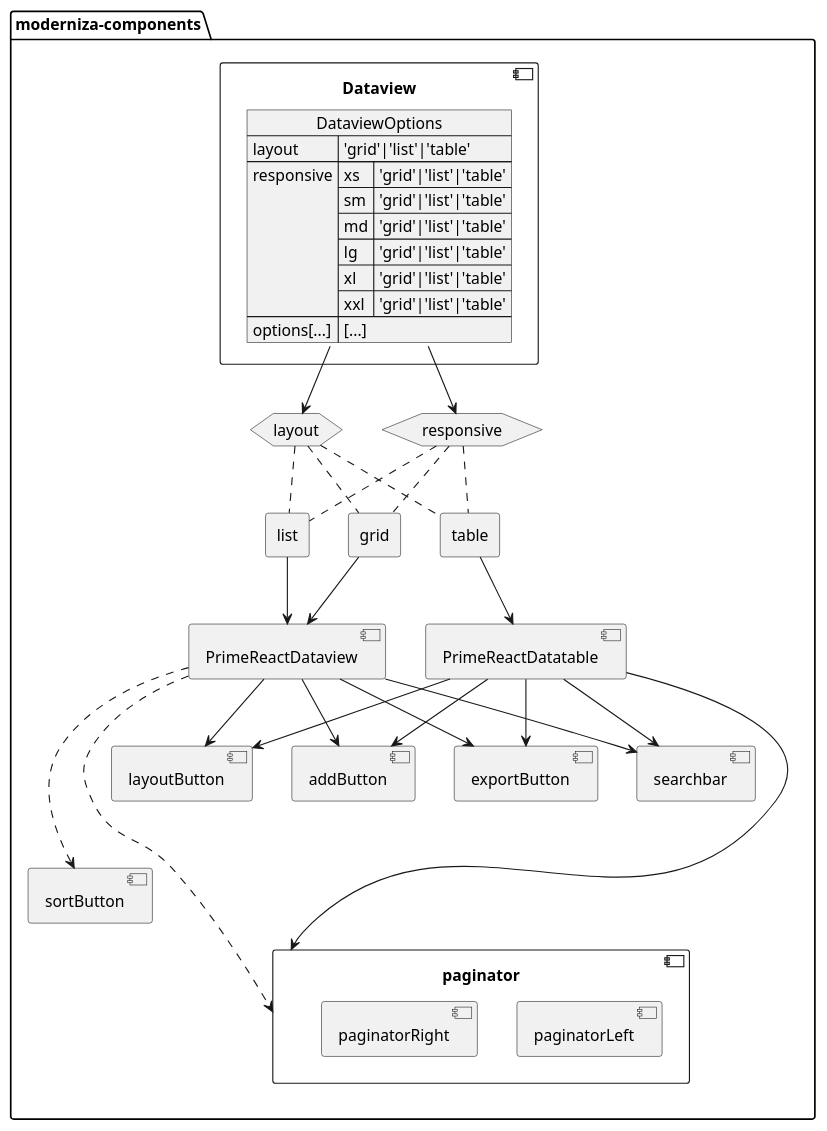
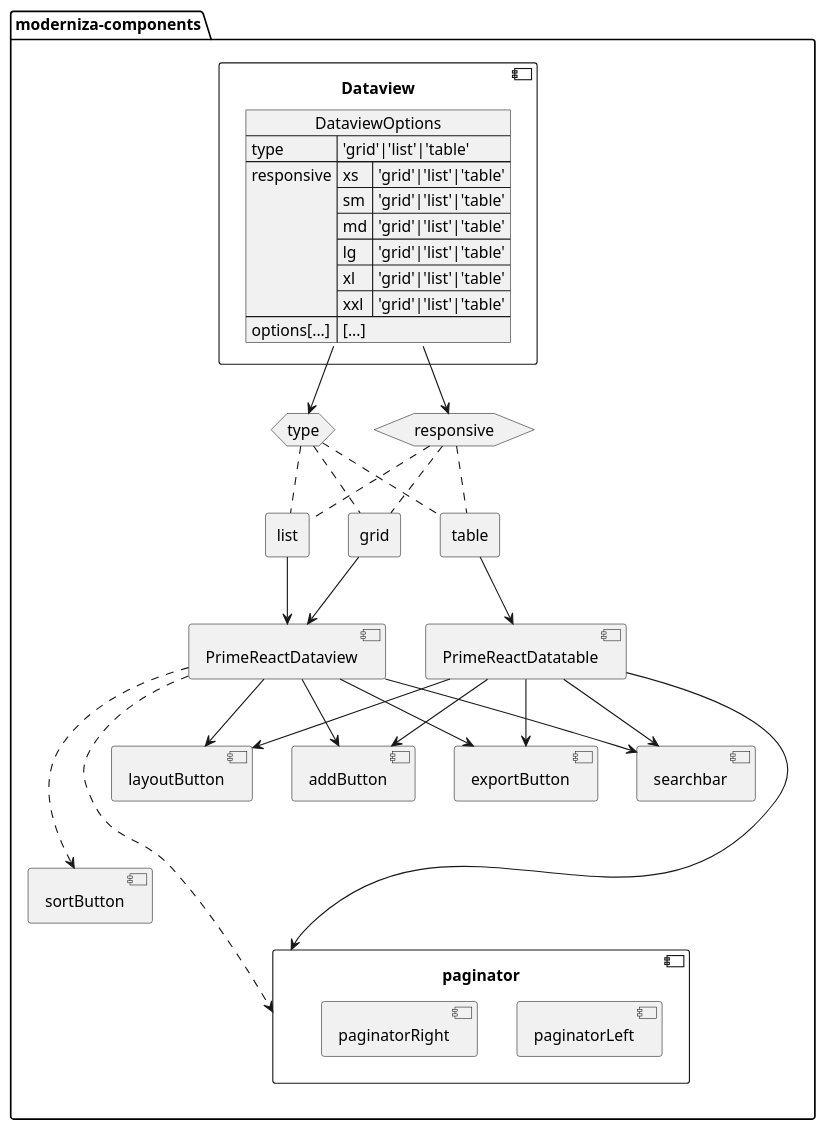
The diagram in docs/diagrams/src/dataview.puml (moderniza-modershop/moderniza-components), drawn with PlantUML before and after one commit. The commit also changed 2 other files, not shown here.

Commit message:
test table

```diff
--- a/docs/diagrams/src/dataview.puml
+++ b/docs/diagrams/src/dataview.puml
@@ -1,72 +1,72 @@
 @startuml dataviewDiagram
 ' Permite mixar tipos diferentes
 allowmixing
 
 package moderniza-components{
     
     component Dataview{
         json DataviewOptions {
-            "layout":"'grid'|'list'|'table'",
+            "type":"'grid'|'list'|'table'",
             "responsive":{
                 "xs":"'grid'|'list'|'table'",
                 "sm":"'grid'|'list'|'table'",
                 "md":"'grid'|'list'|'table'",
                 "lg":"'grid'|'list'|'table'",
                 "xl":"'grid'|'list'|'table'",
                 "xxl":"'grid'|'list'|'table'"
             },
             "options[...]":"[...]"
         }
     }
 
     component PrimeReactDatatable
     component PrimeReactDataview
 
-    hexagon layout
+    hexagon type
     hexagon responsive
 
     rectangle grid
     rectangle table
     rectangle list
 
     component addButton
     component sortButton
     component exportButton
     component searchbar
     component layoutButton
     component paginator{
         component paginatorLeft
         component paginatorRight
     }
 
     DataviewOptions -down-> responsive
-    DataviewOptions -down-> layout
+    DataviewOptions -down-> type
 
-    layout .. grid
-    layout .. table
-    layout .. list
+    type .. grid
+    type .. table
+    type .. list
 
     responsive .. grid
     responsive .. table
     responsive .. list
 
     list --> PrimeReactDataview
     grid --> PrimeReactDataview
     table --> PrimeReactDatatable
 
     PrimeReactDatatable --> searchbar
     PrimeReactDatatable --> addButton
     PrimeReactDatatable --> layoutButton
     PrimeReactDatatable --> exportButton
     PrimeReactDatatable --> paginator
 
     PrimeReactDataview --> searchbar
     PrimeReactDataview .--> sortButton
     PrimeReactDataview --> addButton
     PrimeReactDataview --> layoutButton
     PrimeReactDataview --> exportButton
     PrimeReactDataview ..--> paginator
 
 }
 
 @enduml
```
